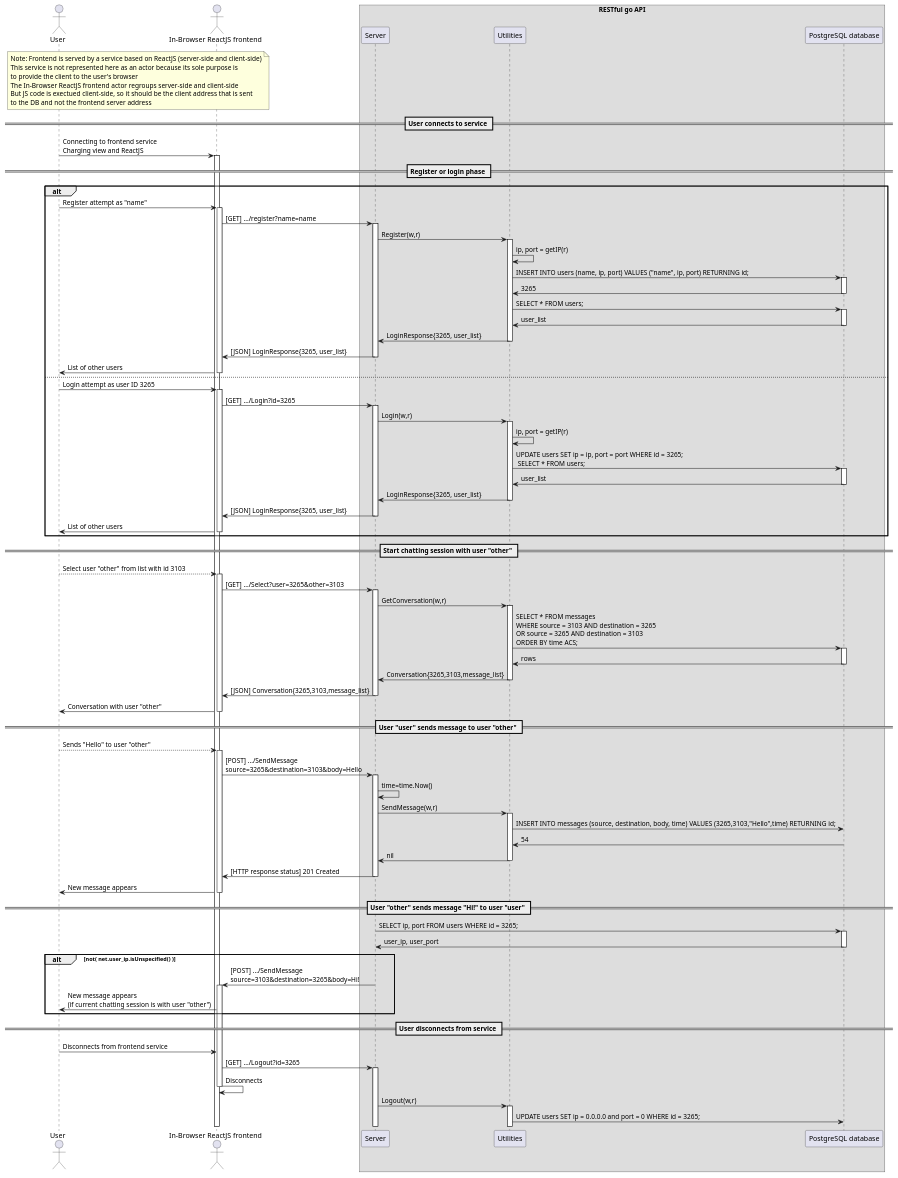
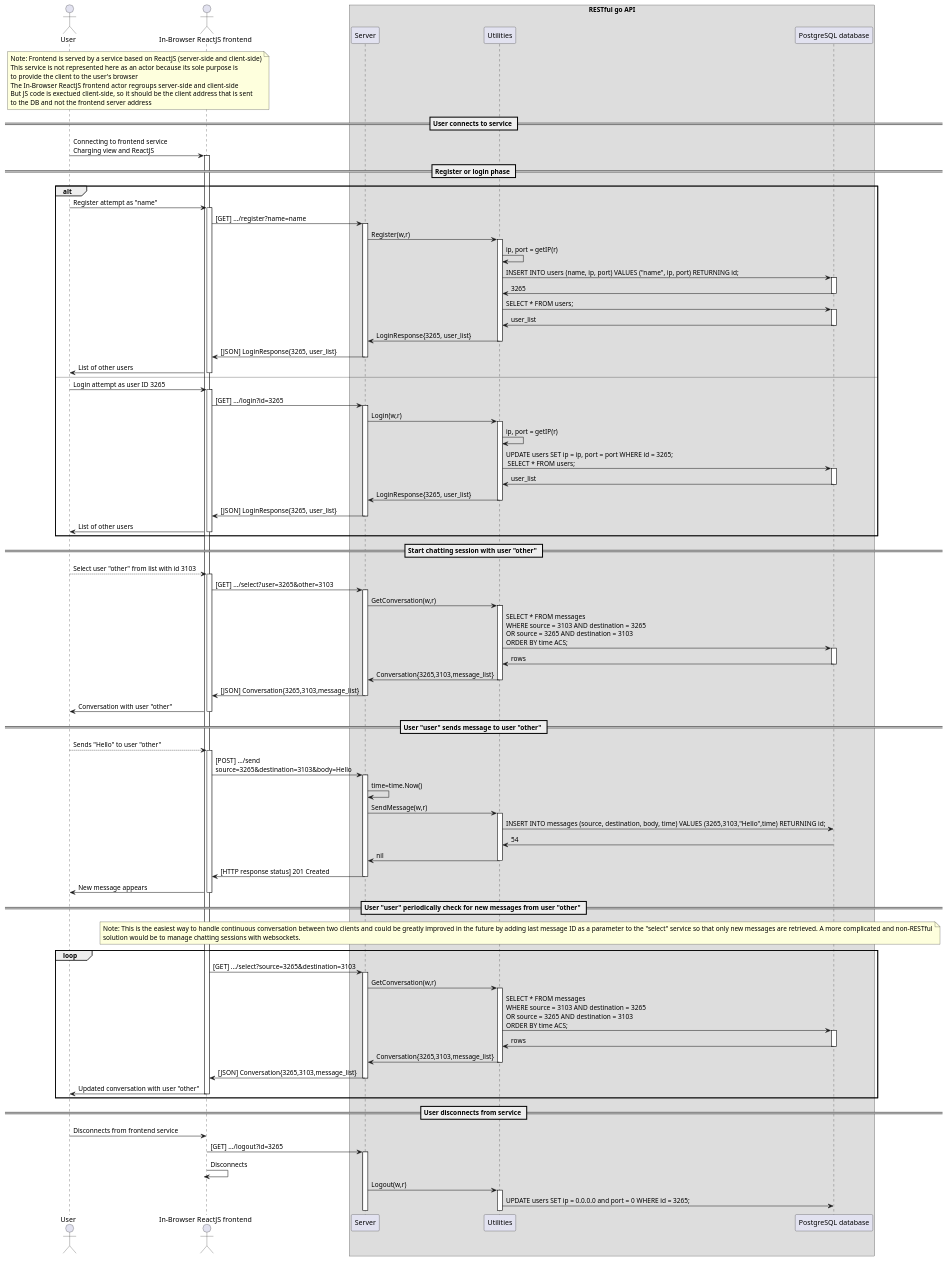
The diagram in exercice_2/plantuml/sequence_white_box.wsd (scanim-valentin/training-restful-go), drawn with PlantUML before and after one commit. The commit also changed 24 other files, not shown here.

```diff
--- a/exercice_2/plantuml/sequence_white_box.wsd
+++ b/exercice_2/plantuml/sequence_white_box.wsd
@@ -1,77 +1,80 @@
 @startuml  sequence_white_box 
 actor User
 
 actor "In-Browser ReactJS frontend" as front
 box "RESTful go API"
   participant  "Server" as server
   participant "Utilities" as utils
   participant "PostgreSQL database" as db
 
 end box
 
 note over User, front : Note: Frontend is served by a service based on ReactJS (server-side and client-side)\nThis service is not represented here as an actor because its sole purpose is\nto provide the client to the user's browser\nThe In-Browser ReactJS frontend actor regroups server-side and client-side\nBut JS code is exectued client-side, so it should be the client address that is sent\nto the DB and not the frontend server address
 == User connects to service ==
 User -> front ++ : Connecting to frontend service\nCharging view and ReactJS
   
 == Register or login phase ==
   alt
   User -> front++ : Register attempt as "name"
     front -> server++ : [GET] .../register?name=name
         server -> utils ++ : Register(w,r)
             utils -> utils : ip, port = getIP(r)
             utils -> db ++  : INSERT INTO users (name, ip, port) VALUES ("name", ip, port) RETURNING id;
             db -> utils -- : 3265
             utils -> db ++  : SELECT * FROM users;
             db -> utils -- : user_list
         utils -> server -- : LoginResponse{3265, user_list}
     server -> front -- : [JSON] LoginResponse{3265, user_list}
   front -> User -- : List of other users
   else
   User -> front++ : Login attempt as user ID 3265
-    front -> server++ : [GET] .../Login?id=3265
+    front -> server++ : [GET] .../login?id=3265
         server -> utils ++ : Login(w,r)
             utils -> utils : ip, port = getIP(r)
             utils -> db ++  : UPDATE users SET ip = ip, port = port WHERE id = 3265;\n SELECT * FROM users;
             db -> utils -- : user_list
         utils -> server -- : LoginResponse{3265, user_list}
     server -> front -- : [JSON] LoginResponse{3265, user_list}
   front -> User -- : List of other users
   end
 
 == Start chatting session with user "other" == 
   User --> front ++ : Select user "other" from list with id 3103
-    front -> server++ : [GET] .../Select?user=3265&other=3103
+    front -> server++ : [GET] .../select?user=3265&other=3103
         server -> utils ++ : GetConversation(w,r)
             utils -> db ++  : SELECT * FROM messages\nWHERE source = 3103 AND destination = 3265\nOR source = 3265 AND destination = 3103\nORDER BY time ACS;
             db -> utils -- : rows
         utils -> server -- : Conversation{3265,3103,message_list}
     server -> front -- : [JSON] Conversation{3265,3103,message_list}
   front -> User -- : Conversation with user "other"
 
 == User "user" sends message to user "other" == 
   User --> front ++ : Sends "Hello" to user "other"
-    front -> server++ : [POST] .../SendMessage\nsource=3265&destination=3103&body=Hello
+    front -> server++ : [POST] .../send\nsource=3265&destination=3103&body=Hello
         server -> server : time=time.Now()
         server -> utils ++ : SendMessage(w,r)
             utils -> db  : INSERT INTO messages (source, destination, body, time) VALUES (3265,3103,"Hello",time) RETURNING id;
             db -> utils -- : 54
         utils -> server -- : nil
     server -> front -- : [HTTP response status] 201 Created
   front -> User -- : New message appears
 
-== User "other" sends message "Hi!" to user "user" ==
-        server -> db ++ : SELECT ip, port FROM users WHERE id = 3265;
-        db -> server -- : user_ip, user_port
-        alt not( net.user_ip.isUnspecified() )
-        server -> front ++ : [POST] .../SendMessage\nsource=3103&destination=3265&body=Hi!
-      front -> User : New message appears\n(if current chatting session is with user "other") 
-        end
-
+== User "user" periodically check for new messages from user "other" ==
+note over front, db : Note: This is the easiest way to handle continuous conversation between two clients and could be greatly improved in the future by adding last message ID as a parameter to the "select" service so that only new messages are retrieved. A more complicated and non-RESTful\nsolution would be to manage chatting sessions with websockets.   
+loop
+  front -> server++ : [GET] .../select?source=3265&destination=3103
+      server -> utils ++ : GetConversation(w,r)
+            utils -> db ++  : SELECT * FROM messages\nWHERE source = 3103 AND destination = 3265\nOR source = 3265 AND destination = 3103\nORDER BY time ACS;
+            db -> utils -- : rows
+        utils -> server -- : Conversation{3265,3103,message_list}
+    server -> front -- : [JSON] Conversation{3265,3103,message_list}
+  front -> User -- : Updated conversation with user "other"
+end
 == User disconnects from service ==  
 User -> front : Disconnects from frontend service
-front -> server++ : [GET] .../Logout?id=3265
+front -> server++ : [GET] .../logout?id=3265
     front -> front -- : Disconnects
     server -> utils ++ : Logout(w,r)
         utils -> db  : UPDATE users SET ip = 0.0.0.0 and port = 0 WHERE id = 3265;
 
 @enduml
```
